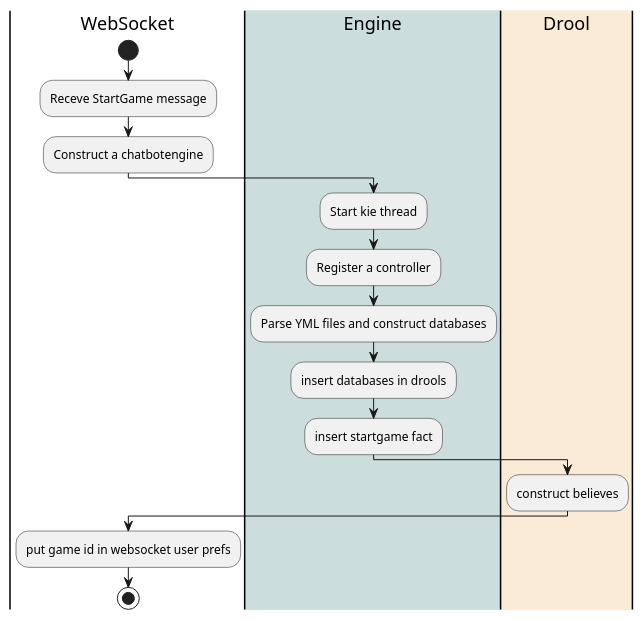
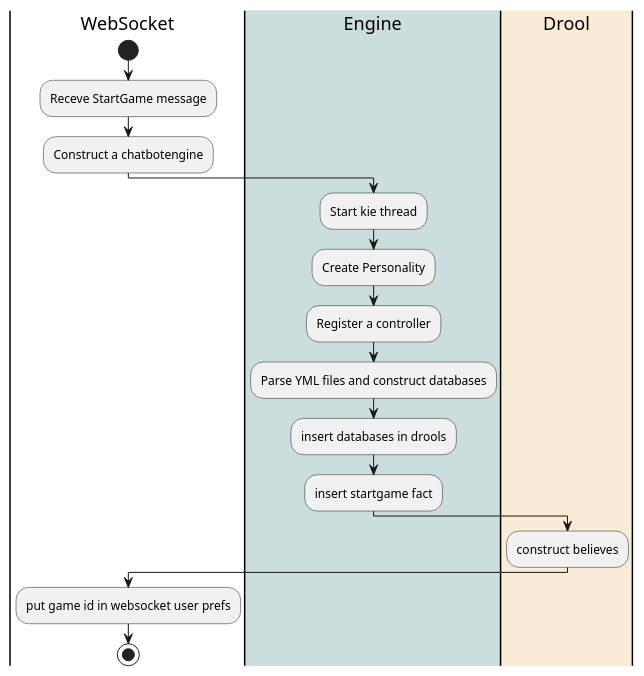
Before and after one commit to jappeace/methods-homework: diagram 12 of 15 in thesis/thesis.org, drawn with PlantUML. The commit also changed other lines of this file, not shown here.

Commit message:
found the other seq diagram that already describes this

```diff
--- a/thesis/thesis.org
+++ b/thesis/thesis.org
@@ -2721,17 +2721,18 @@
-#+BEGIN_SRC plantuml :cache yes :file img/uml/construction.png :exports results
+#+BEGIN_SRC plantuml :cache yes :file img/uml/initjung.png :exports results
   |WebSocket|
   start
   :Receve StartGame message;
   :Construct a chatbotengine;
   |#CCDDDD|Engine|
   :Start kie thread;
+  :Create Personality;
   :Register a controller;
   :Parse YML files and construct databases;
   :insert databases in drools;
   :insert startgame fact;
   |#AntiqueWhite|Drool|
   :construct believes;
   |WebSocket|
   :put game id in websocket user prefs;
   stop
 #+END_SRC
```
